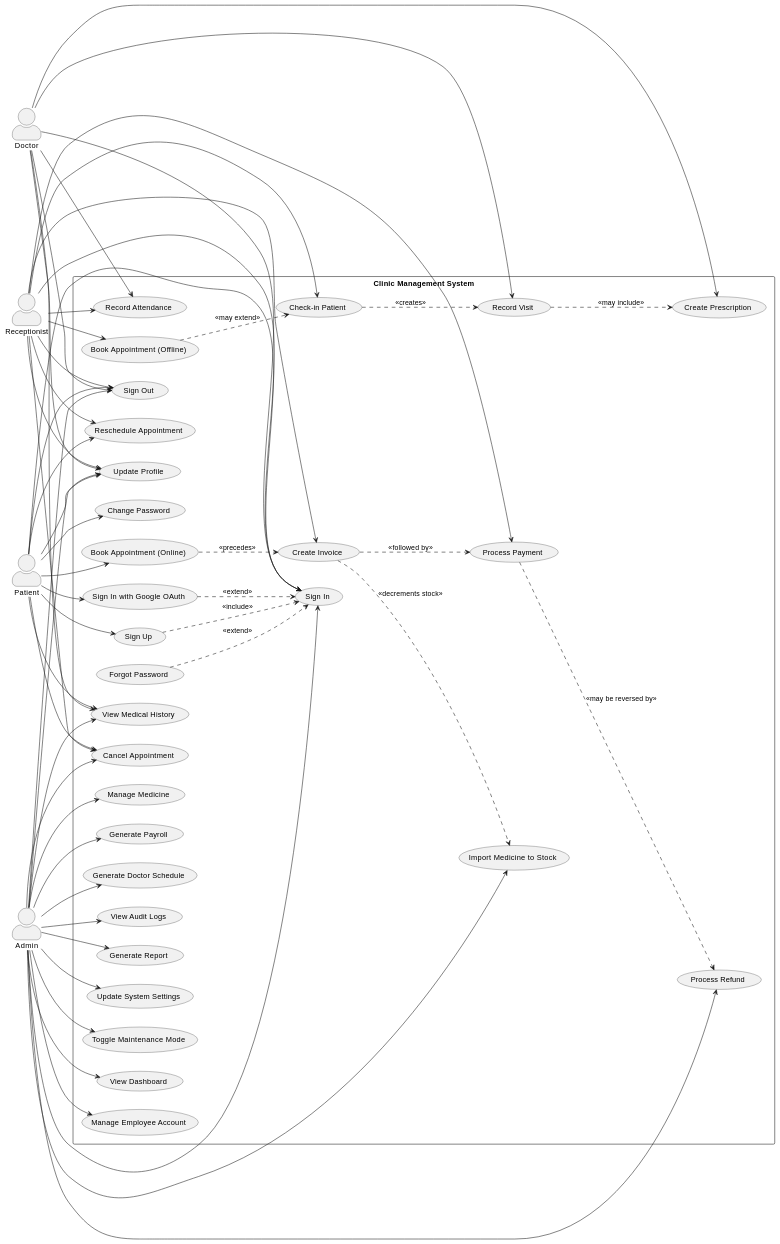
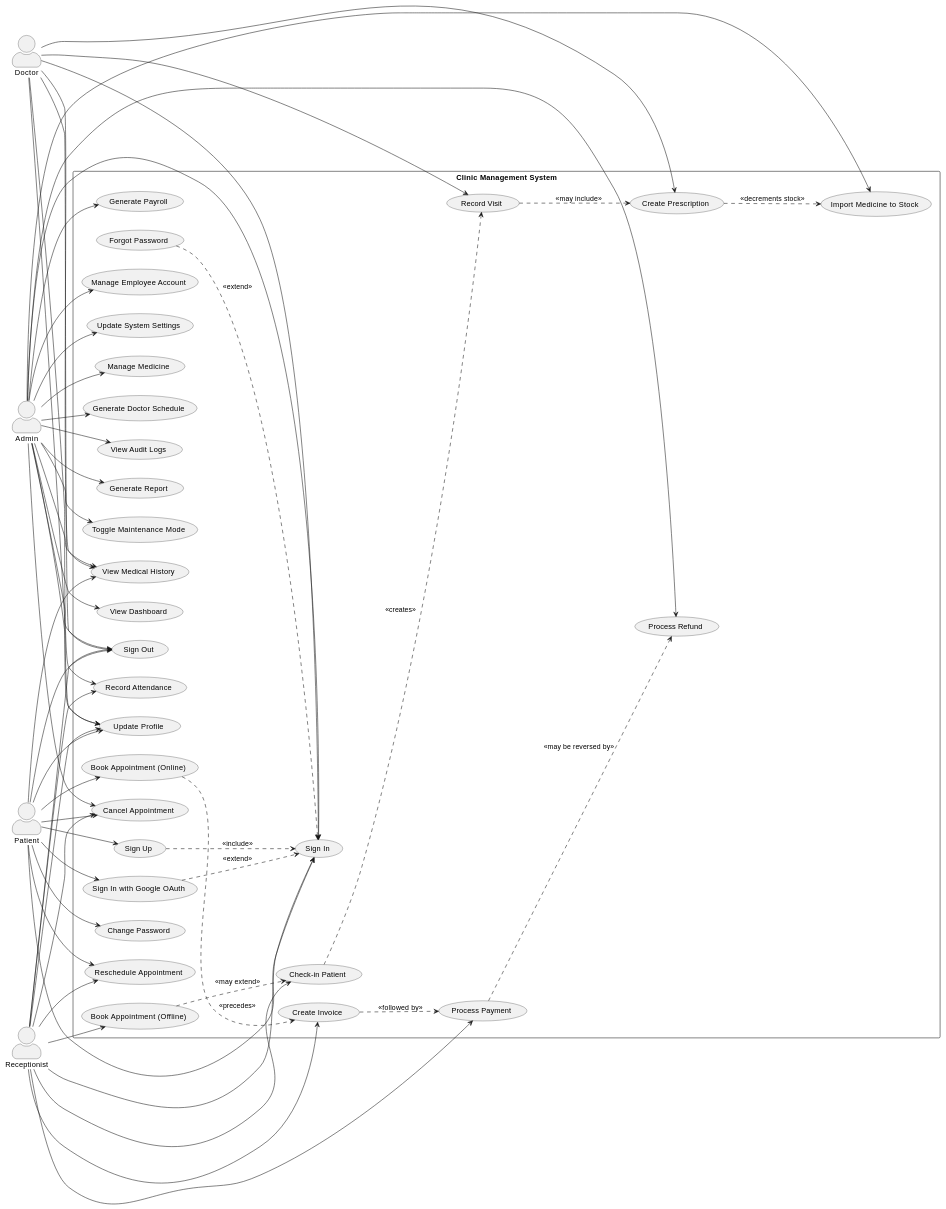
One commit to MinhThienNguyen040905/SE356---He-thong-phong-kham changed the third of 3 diagrams in Docs/BRD.md. Above: the diagram before and after it, drawn with PlantUML. The commit also changed other lines of this file and 2 other files, not shown here.

````diff
--- a/Docs/BRD.md
+++ b/Docs/BRD.md
@@ -564,8 +572,8 @@
 UC10 ..> UC13 : <<may extend>>
 UC13 ..> UC14 : <<creates>>
 UC14 ..> UC15 : <<may include>>
+UC15 ..> UC17 : <<decrements stock>>
 UC18 ..> UC19 : <<followed by>>
-UC18 ..> UC17 : <<decrements stock>>
 UC19 ..> UC20 : <<may be reversed by>>
 @enduml
 ```
````
